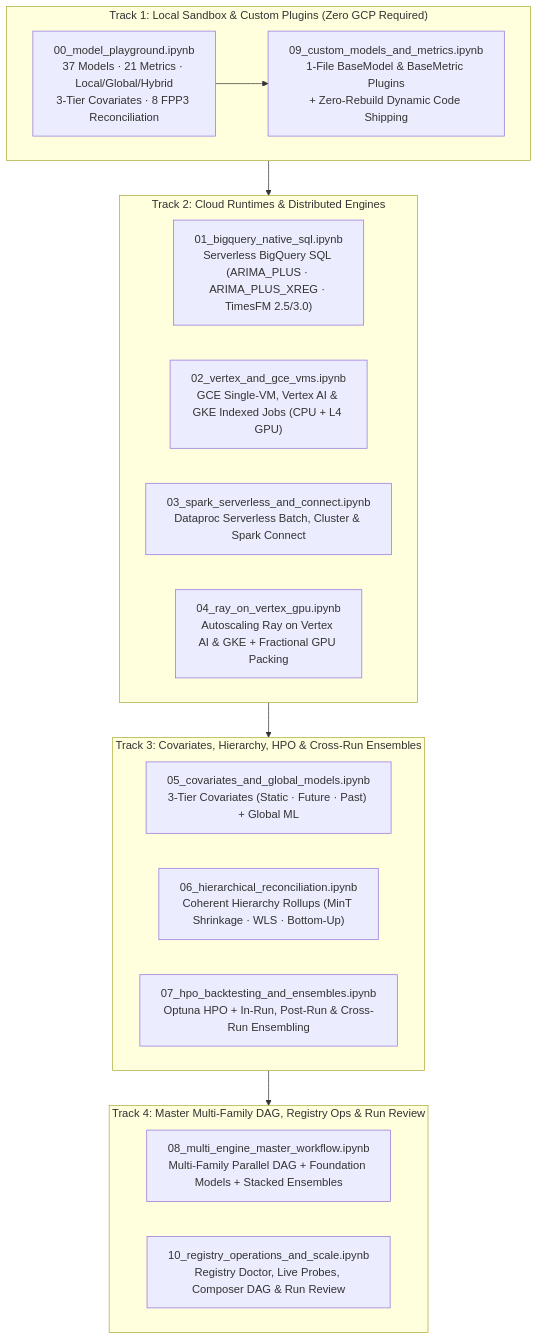
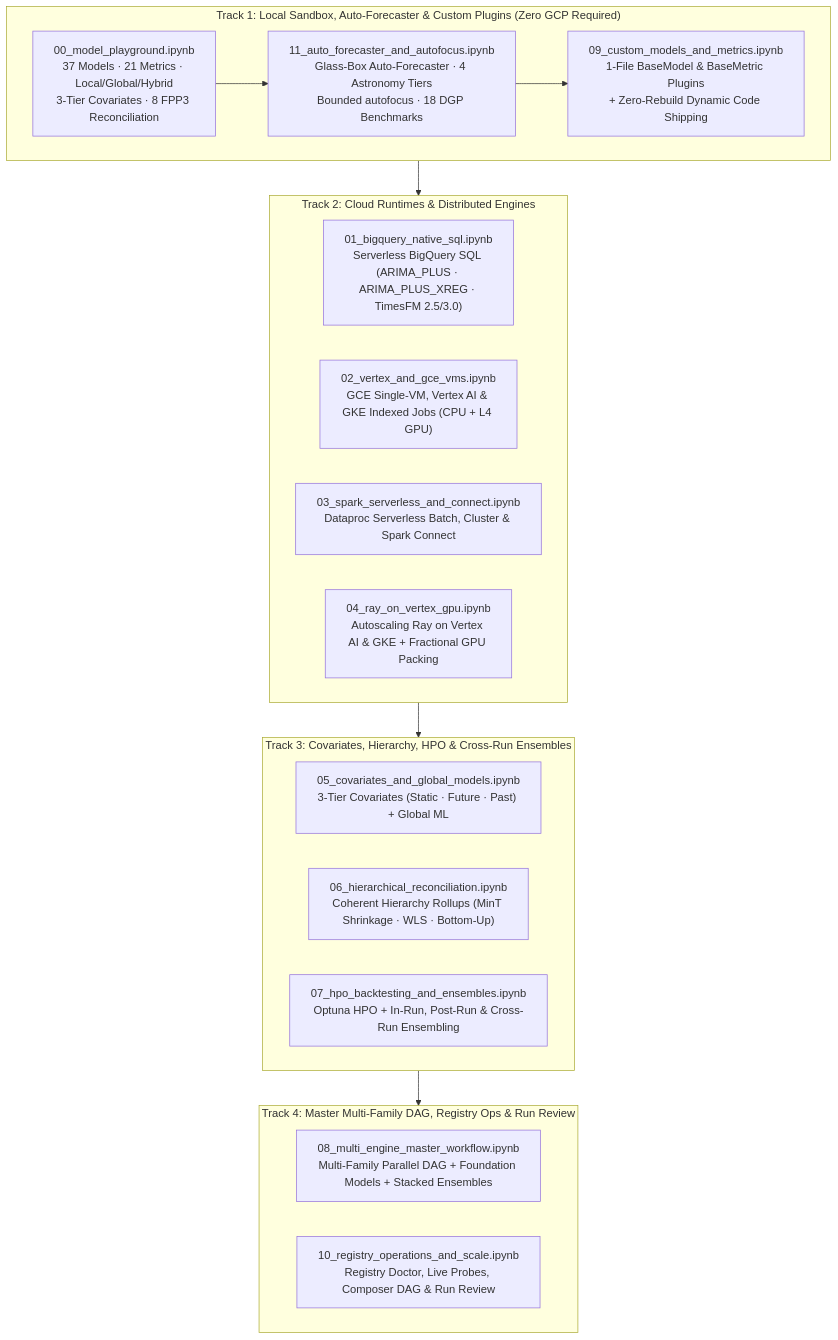
One commit to statmike/scale-forecasting changed the diagram in notebooks/README.md. Above: the diagram before and after it, drawn with Mermaid. The commit also changed other lines of this file and 45 other files, not shown here.

Commit message:
feat(auto,sdk,mcp,docs): add Glass-Box Auto-Forecaster, multi-branch autofocus, 18 DGPs & 7-Question Practitioner Assessment

````diff
--- a/notebooks/README.md
+++ b/notebooks/README.md
@@ -8,28 +8,29 @@
 ```mermaid
 flowchart TD
-    subgraph Track1["Track 1: Local Sandbox & Custom Plugins (Zero GCP Required)"]
+    subgraph Track1["Track 1: Local Sandbox, Auto-Forecaster & Custom Plugins (Zero GCP Required)"]
         NB00["00_model_playground.ipynb<br/>37 Models · 21 Metrics · Local/Global/Hybrid<br/>3-Tier Covariates · 8 FPP3 Reconciliation"]
+        NB11["11_auto_forecaster_and_autofocus.ipynb<br/>Glass-Box Auto-Forecaster · 4 Astronomy Tiers<br/>Bounded autofocus · 18 DGP Benchmarks"]
         NB09["09_custom_models_and_metrics.ipynb<br/>1-File BaseModel & BaseMetric Plugins<br/>+ Zero-Rebuild Dynamic Code Shipping"]
     end
 
     subgraph Track2["Track 2: Cloud Runtimes & Distributed Engines"]
         NB01["01_bigquery_native_sql.ipynb<br/>Serverless BigQuery SQL (ARIMA_PLUS · ARIMA_PLUS_XREG · TimesFM 2.5/3.0)"]
         NB02["02_vertex_and_gce_vms.ipynb<br/>GCE Single-VM, Vertex AI & GKE Indexed Jobs (CPU + L4 GPU)"]
         NB03["03_spark_serverless_and_connect.ipynb<br/>Dataproc Serverless Batch, Cluster & Spark Connect"]
         NB04["04_ray_on_vertex_gpu.ipynb<br/>Autoscaling Ray on Vertex AI & GKE + Fractional GPU Packing"]
     end
 
     subgraph Track3["Track 3: Covariates, Hierarchy, HPO & Cross-Run Ensembles"]
         NB05["05_covariates_and_global_models.ipynb<br/>3-Tier Covariates (Static · Future · Past) + Global ML"]
         NB06["06_hierarchical_reconciliation.ipynb<br/>Coherent Hierarchy Rollups (MinT Shrinkage · WLS · Bottom-Up)"]
         NB07["07_hpo_backtesting_and_ensembles.ipynb<br/>Optuna HPO + In-Run, Post-Run & Cross-Run Ensembling"]
     end
 
     subgraph Track4["Track 4: Master Multi-Family DAG, Registry Ops & Run Review"]
         NB08["08_multi_engine_master_workflow.ipynb<br/>Multi-Family Parallel DAG + Foundation Models + Stacked Ensembles"]
         NB10["10_registry_operations_and_scale.ipynb<br/>Registry Doctor, Live Probes, Composer DAG & Run Review"]
     end
 
-    NB00 --> NB09
+    NB00 --> NB11 --> NB09
     Track1 --> Track2 --> Track3 --> Track4
 ```
````
